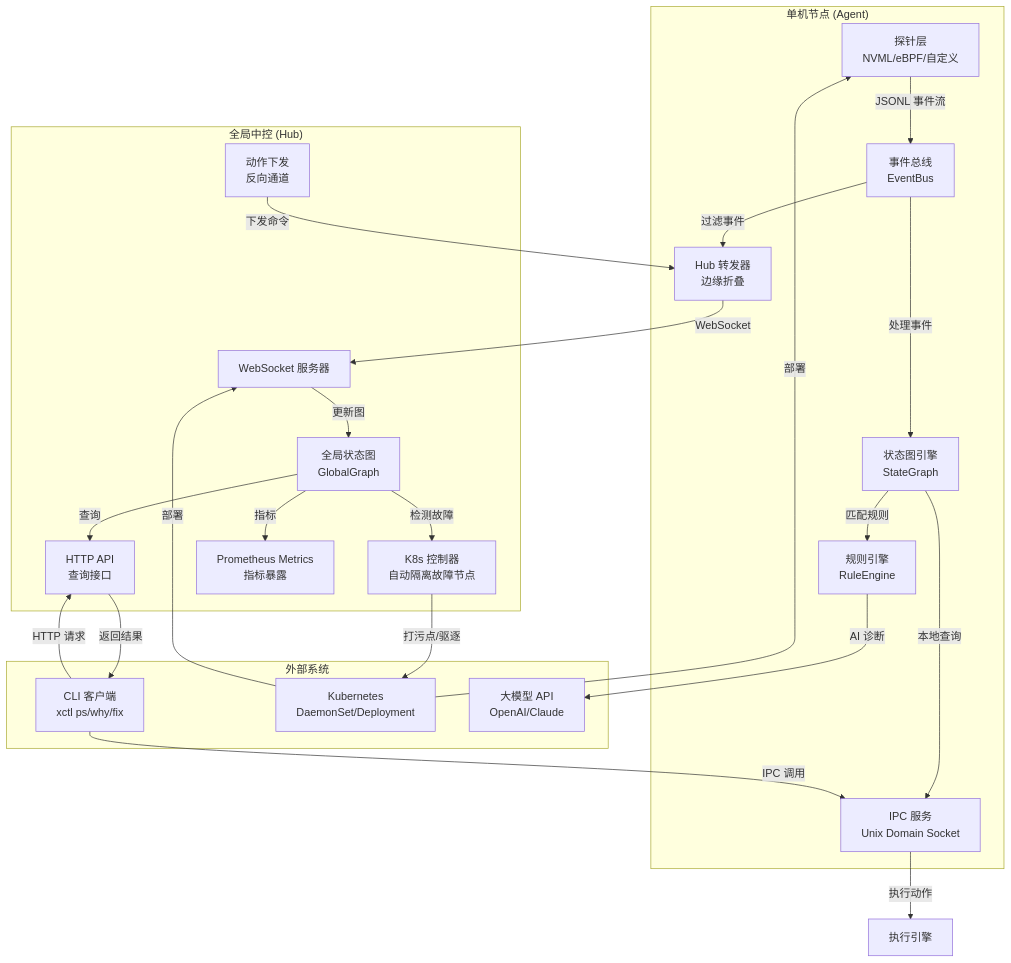
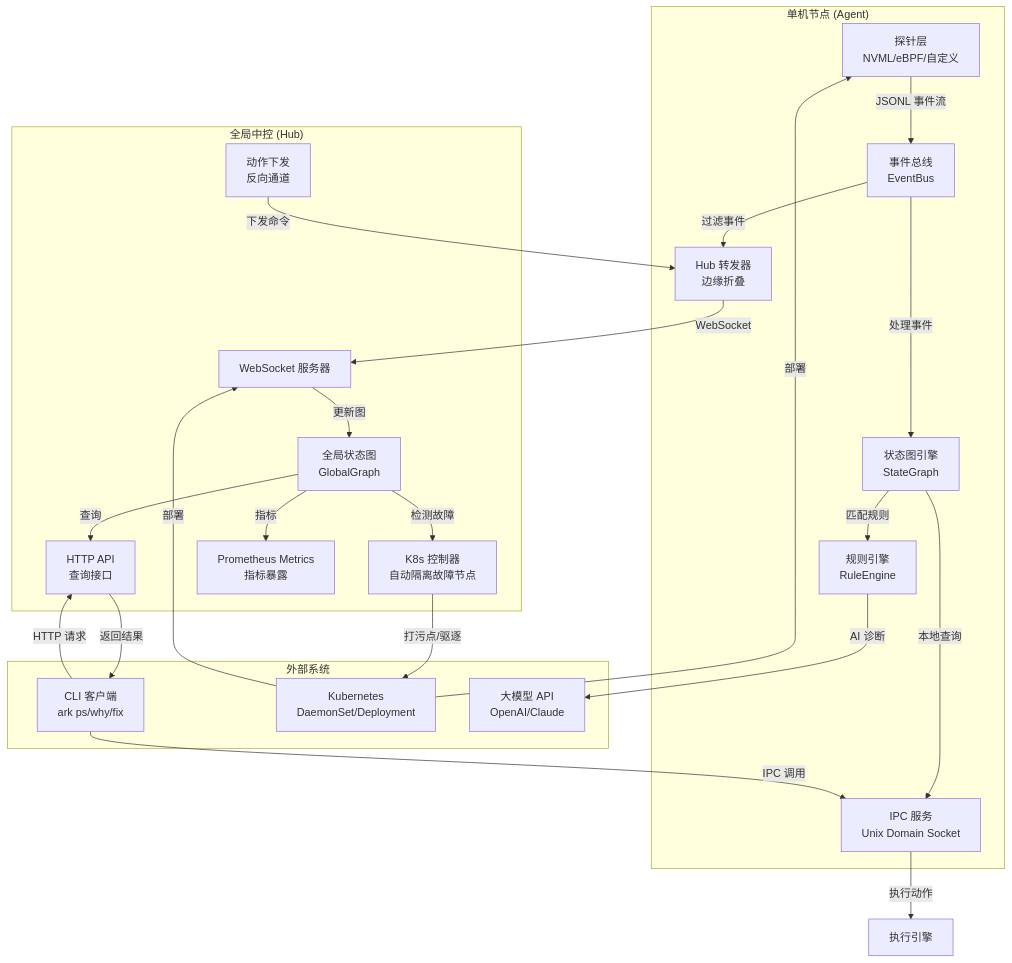
One commit to osen7/X-infra changed the first of 6 diagrams in docs/ARCHITECTURE.md. Above: the diagram before and after it, drawn with Mermaid. The commit also changed other lines of this file and 75 other files, not shown here.

````diff
--- a/docs/ARCHITECTURE.md
+++ b/docs/ARCHITECTURE.md
@@ -7,50 +7,50 @@
 ```mermaid
 graph TB
     subgraph "单机节点 (Agent)"
         Probe[探针层<br/>NVML/eBPF/自定义]
         EventBus[事件总线<br/>EventBus]
         StateGraph[状态图引擎<br/>StateGraph]
         RuleEngine[规则引擎<br/>RuleEngine]
         IPC[IPC 服务<br/>Unix Domain Socket]
         HubForwarder[Hub 转发器<br/>边缘折叠]
     end
     
     subgraph "全局中控 (Hub)"
         WSServer[WebSocket 服务器]
         GlobalGraph[全局状态图<br/>GlobalGraph]
         HTTPAPI[HTTP API<br/>查询接口]
         ActionDispatch[动作下发<br/>反向通道]
         K8sController[K8s 控制器<br/>自动隔离故障节点]
         Metrics[Prometheus Metrics<br/>指标暴露]
     end
     
     subgraph "外部系统"
-        CLI[CLI 客户端<br/>xctl ps/why/fix]
+        CLI[CLI 客户端<br/>ark ps/why/fix]
         K8s[Kubernetes<br/>DaemonSet/Deployment]
         LLM[大模型 API<br/>OpenAI/Claude]
     end
     
     Probe -->|JSONL 事件流| EventBus
     EventBus -->|处理事件| StateGraph
     StateGraph -->|匹配规则| RuleEngine
     StateGraph -->|本地查询| IPC
     EventBus -->|过滤事件| HubForwarder
     
     HubForwarder -->|WebSocket| WSServer
     WSServer -->|更新图| GlobalGraph
     GlobalGraph -->|查询| HTTPAPI
     GlobalGraph -->|检测故障| K8sController
     GlobalGraph -->|指标| Metrics
     HTTPAPI -->|返回结果| CLI
     ActionDispatch -->|下发命令| HubForwarder
     K8sController -->|打污点/驱逐| K8s
     
     CLI -->|IPC 调用| IPC
     IPC -->|执行动作| Executor[执行引擎]
     
     CLI -->|HTTP 请求| HTTPAPI
     RuleEngine -->|AI 诊断| LLM
     
     K8s -->|部署| Probe
     K8s -->|部署| WSServer
 ```
````
